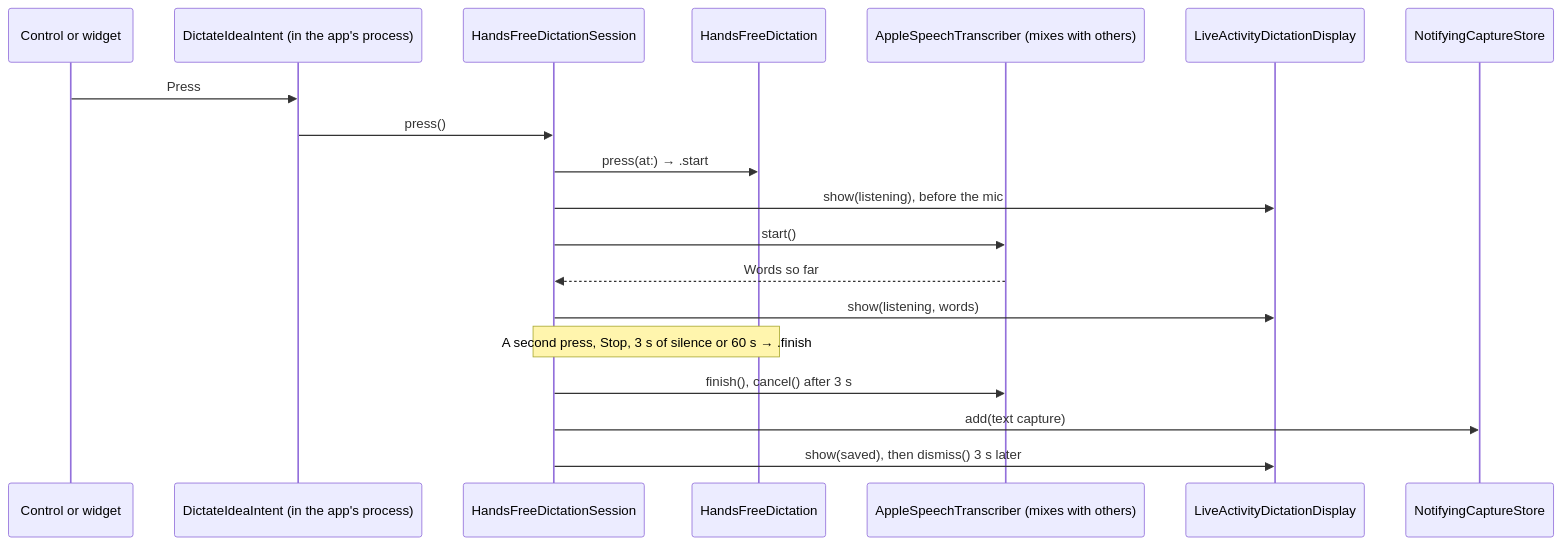
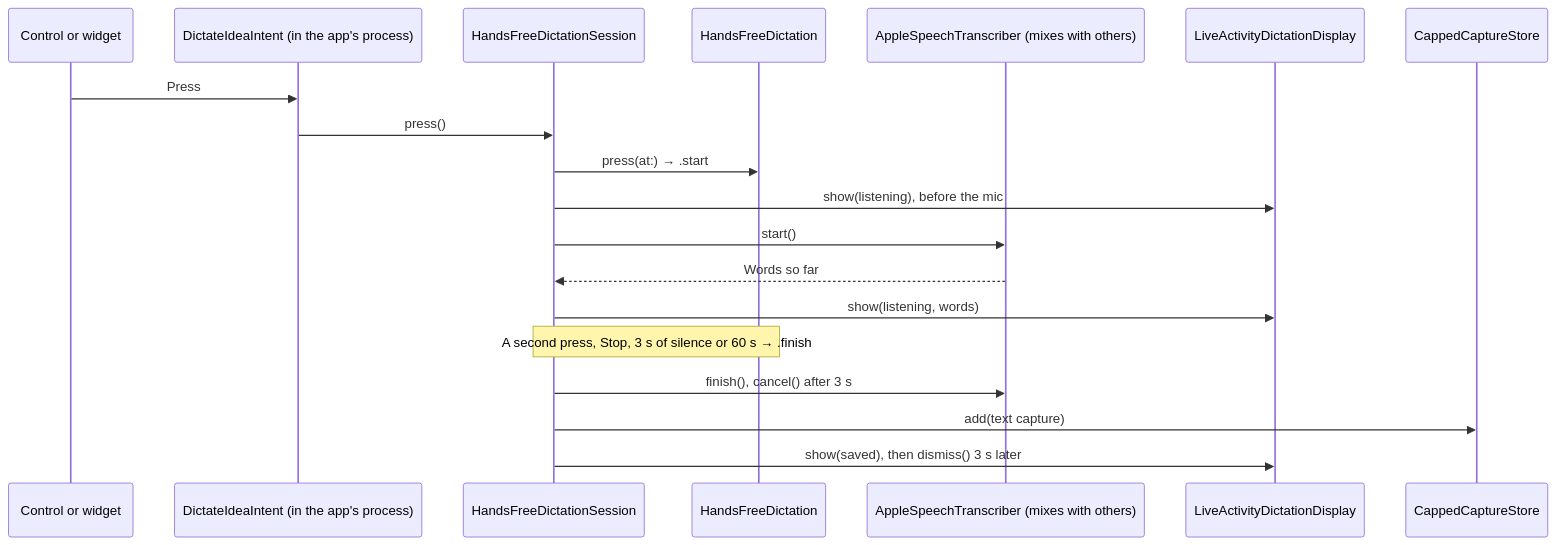
One commit to southp/buffer-snap changed the sixth of 6 diagrams in docs/architecture.md. Above: the diagram before and after it, drawn with Mermaid. The commit also changed other lines of this file and 5 other files, not shown here.

````diff
--- a/docs/architecture.md
+++ b/docs/architecture.md
@@ -223,21 +217,21 @@
 ```mermaid
 sequenceDiagram
     participant Surface as Control or widget
     participant Intent as DictateIdeaIntent (in the app's process)
     participant Session as HandsFreeDictationSession
     participant Rules as HandsFreeDictation
     participant Mic as AppleSpeechTranscriber (mixes with others)
     participant Activity as LiveActivityDictationDisplay
-    participant Store as NotifyingCaptureStore
+    participant Store as CappedCaptureStore
     Surface->>Intent: Press
     Intent->>Session: press()
     Session->>Rules: press(at:) → .start
     Session->>Activity: show(listening), before the mic
     Session->>Mic: start()
     Mic-->>Session: Words so far
     Session->>Activity: show(listening, words)
     Note over Session,Rules: A second press, Stop, 3 s of silence or 60 s → .finish
     Session->>Mic: finish(), cancel() after 3 s
     Session->>Store: add(text capture)
     Session->>Activity: show(saved), then dismiss() 3 s later
 ```
````
